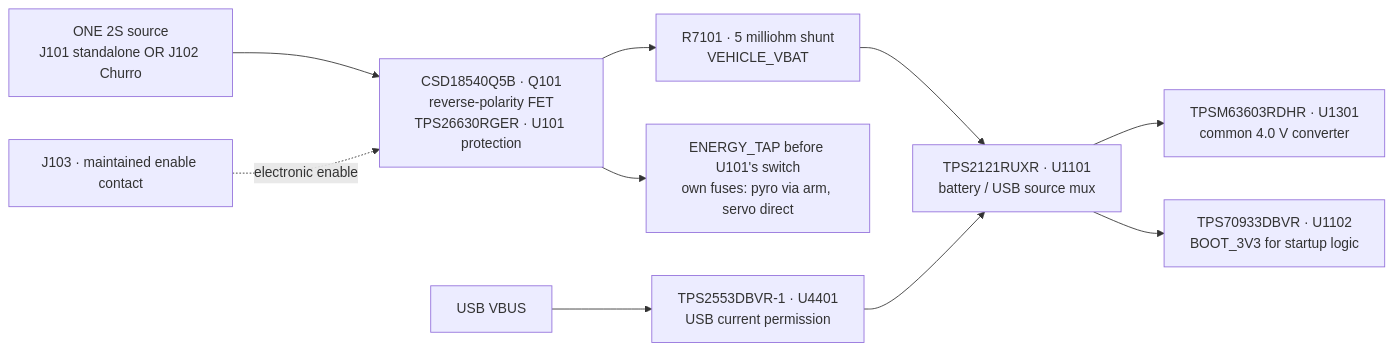
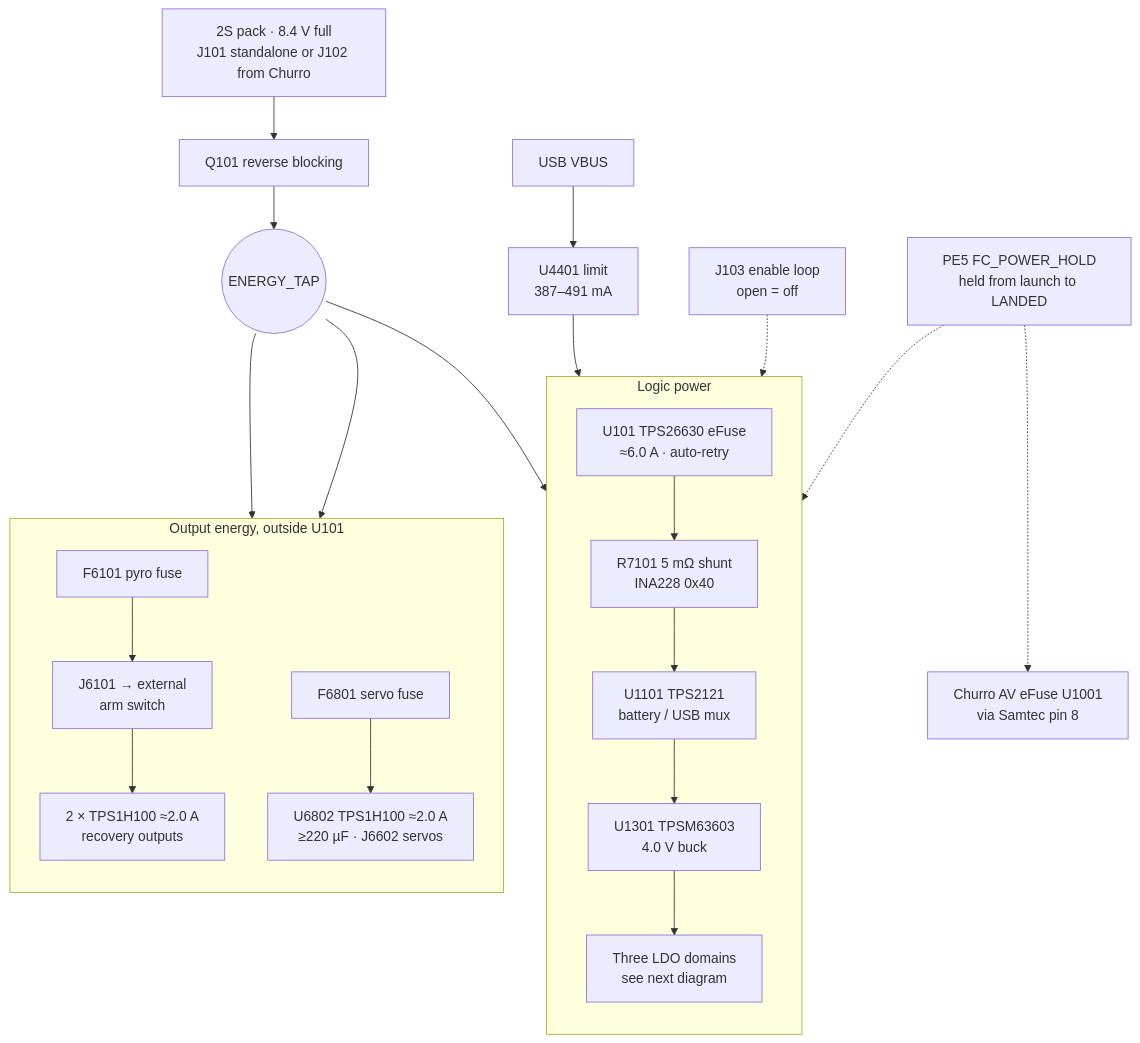
One commit to ULAS-HiPR/Ogma2 changed the first of 2 diagrams in docs/architecture/02-power.md. Above: the diagram before and after it, drawn with Mermaid. The commit also changed other lines of this file and 25 other files, not shown here.

````diff
--- a/docs/architecture/02-power.md
+++ b/docs/architecture/02-power.md
@@ -20,21 +12,37 @@
 ```mermaid
-flowchart LR
-  B["ONE 2S source
-J101 standalone OR J102 Churro"] --> Q["CSD18540Q5B · Q101
-reverse-polarity FET
-TPS26630RGER · U101 protection"]
-  Q --> V["R7101 · 5 milliohm shunt
-VEHICLE_VBAT"]
-  V --> M["TPS2121RUXR · U1101
-battery / USB source mux"]
-  EN["J103 · maintained enable contact"] -.->|"electronic enable"| Q
-  U["USB VBUS"] --> UL["TPS2553DBVR-1 · U4401
-USB current permission"]
-  UL --> M
-  M --> K["TPSM63603RDHR · U1301
-common 4.0 V converter"]
-  M --> BS["TPS70933DBVR · U1102
-BOOT_3V3 for startup logic"]
-  Q --> O["ENERGY_TAP before U101's switch
-own fuses: pyro via arm, servo direct"]
+flowchart TB
+  BAT["2S pack · 8.4 V full
+J101 standalone or J102 from Churro"] --> Q["Q101 reverse blocking"]
+  Q --> TAP(("ENERGY_TAP"))
+  subgraph LOGIC["Logic power"]
+    direction TB
+    U101["U101 TPS26630 eFuse
+≈6.0 A · auto-retry"] --> SH["R7101 5 mΩ shunt
+INA228 0x40"]
+    SH --> MUX["U1101 TPS2121
+battery / USB mux"]
+    MUX --> BUCK["U1301 TPSM63603
+4.0 V buck"]
+    BUCK --> DOM["Three LDO domains
+see next diagram"]
+  end
+  subgraph ENERGY["Output energy, outside U101"]
+    direction TB
+    F61["F6101 pyro fuse"] --> ARM["J6101 → external
+arm switch"] --> PY["2 × TPS1H100 ≈2.0 A
+recovery outputs"]
+    F68["F6801 servo fuse"] --> SV["U6802 TPS1H100 ≈2.0 A
+≥220 µF · J6602 servos"]
+  end
+  TAP --> U101
+  TAP --> F61
+  TAP --> F68
+  USB["USB VBUS"] --> UL["U4401 limit
+387–491 mA"] --> MUX
+  J103["J103 enable loop
+open = off"] -.-> U101
+  HOLD["PE5 FC_POWER_HOLD
+held from launch to LANDED"] -.-> U101
+  HOLD -.-> CHU["Churro AV eFuse U1001
+via Samtec pin 8"]
 ```
````
